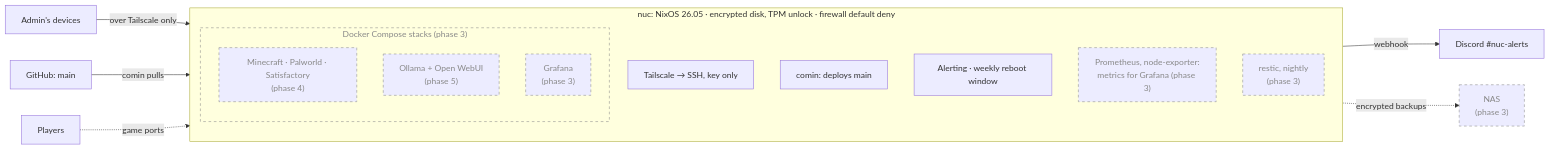
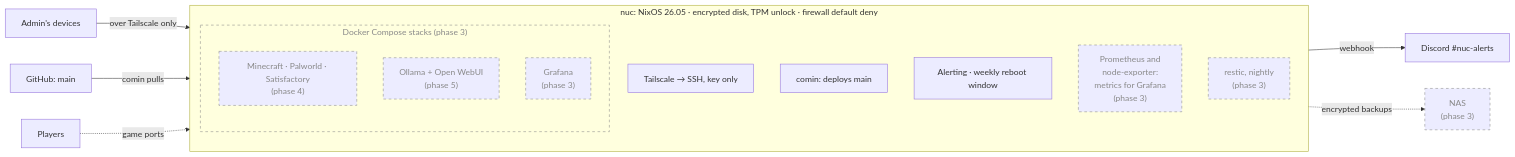
One commit to alexCranfield/nixos-homeserver changed the second of 2 diagrams in README.md. Above: the diagram before and after it, drawn with Mermaid. The commit also changed other lines of this file, not shown here.

````diff
--- a/README.md
+++ b/README.md
@@ -97,29 +99,29 @@
 ```mermaid
 flowchart LR
     admin["Admin's devices"]
     gh["GitHub: main"]
     players["Players"]
     subgraph nuc["nuc: NixOS 26.05 · encrypted disk, TPM unlock · firewall default deny"]
         direction TB
         ts["Tailscale → SSH, key only"]
         comin["comin: deploys main"]
         notify["Alerting · weekly reboot window"]
         subgraph docker["Docker Compose stacks (phase 3)"]
             games["Minecraft · Palworld · Satisfactory<br/>(phase 4)"]
             llm["Ollama + Open WebUI<br/>(phase 5)"]
             grafana["Grafana<br/>(phase 3)"]
         end
-        prom["Prometheus, node-exporter:<br/>metrics for Grafana (phase 3)"]
+        prom["Prometheus and<br/>node-exporter:<br/>metrics for Grafana<br/>(phase 3)"]
         restic["restic, nightly<br/>(phase 3)"]
     end
     discord["Discord #nuc-alerts"]
     nas["NAS<br/>(phase 3)"]
     admin -->|"over Tailscale only"| ts
     gh -->|"comin pulls"| comin
     players -.->|"game ports"| games
     notify -->|webhook| discord
     restic -.->|"encrypted backups"| nas
     classDef planned stroke-dasharray: 5 5,color:#888,stroke:#888
     class games,llm,grafana,prom,restic,nas planned
     style docker stroke-dasharray: 5 5,stroke:#888,color:#888
 ```
````
